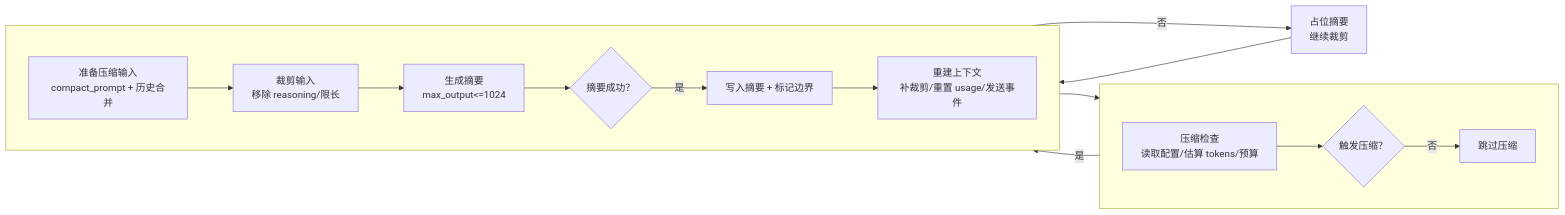
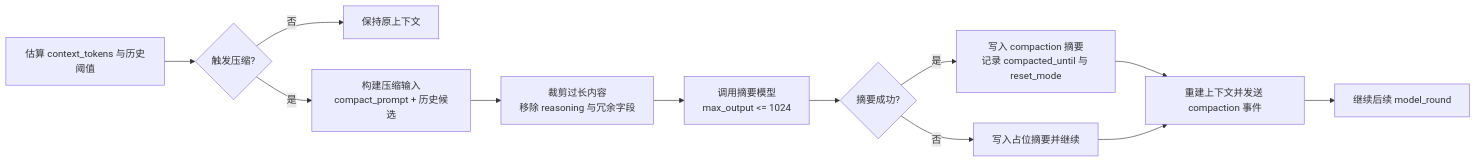
Before and after one commit to ylsdamxssjxxdd/wunder: the diagram in docs/diagrams/system-intro/05-context-compaction-flow.mmd, drawn with Mermaid. The commit also changed 51 other files, not shown here.

```diff
--- a/docs/diagrams/system-intro/05-context-compaction-flow.mmd
+++ b/docs/diagrams/system-intro/05-context-compaction-flow.mmd
@@ -1,14 +1,16 @@
 flowchart LR
-  subgraph Row1[" "]
-    direction LR
-    A["压缩检查<br/>读取配置/估算 tokens/预算"] --> B{"触发压缩？"} -->|否| Z["跳过压缩"]
-  end
-
-  subgraph Row2[" "]
-    direction LR
-    C["准备压缩输入<br/>compact_prompt + 历史合并"] --> D["裁剪输入<br/>移除 reasoning/限长"] --> E["生成摘要<br/>max_output<=1024"] --> F{"摘要成功？"}
-    F -- "是" --> H["写入摘要 + 标记边界"] --> I["重建上下文<br/>补裁剪/重置 usage/发送事件"] --> Z
-  end
-
-  B -- "是" --> C
-  F -- "否" --> G["占位摘要<br/>继续裁剪"] --> H
+  A["估算 context_tokens 与历史阈值"] --> B{"触发压缩?"}
+  B -- 否 --> K["保持原上下文"]
+  B -- 是 --> C["构建压缩输入
+compact_prompt + 历史候选"]
+  C --> D["裁剪过长内容
+移除 reasoning 与冗余字段"]
+  D --> E["调用摘要模型
+max_output <= 1024"]
+  E --> F{"摘要成功?"}
+  F -- 是 --> G["写入 compaction 摘要
+记录 compacted_until 与 reset_mode"]
+  F -- 否 --> H["写入占位摘要并继续"]
+  G --> I["重建上下文并发送 compaction 事件"]
+  H --> I
+  I --> J["继续后续 model_round"]
```
